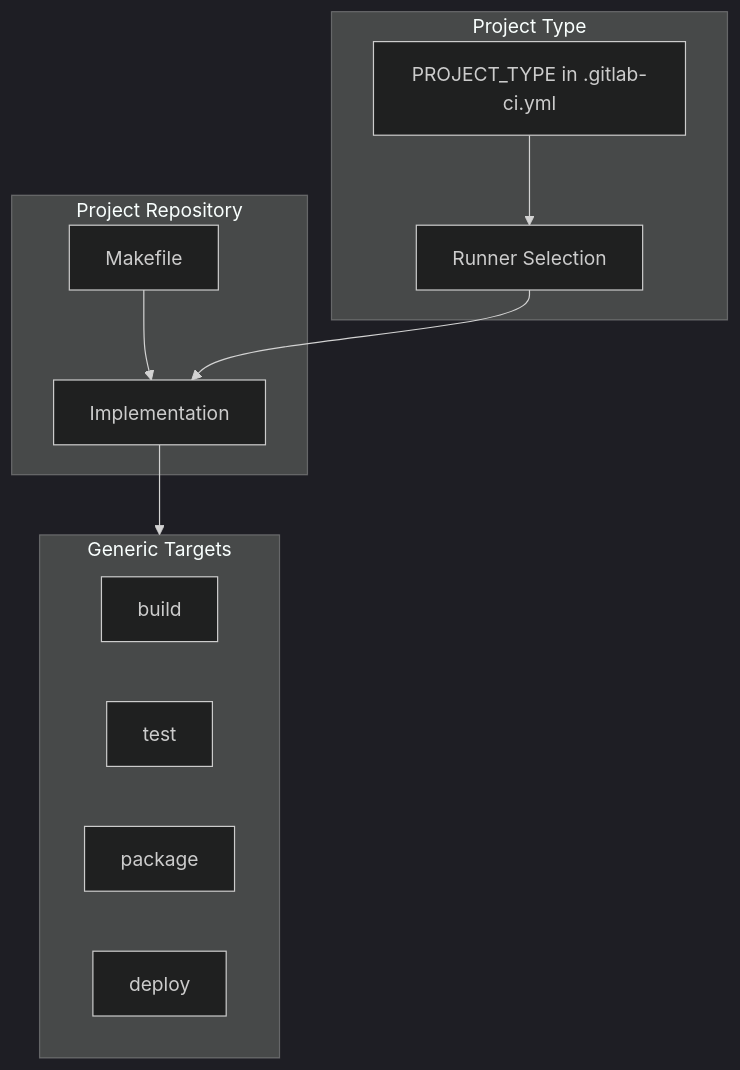
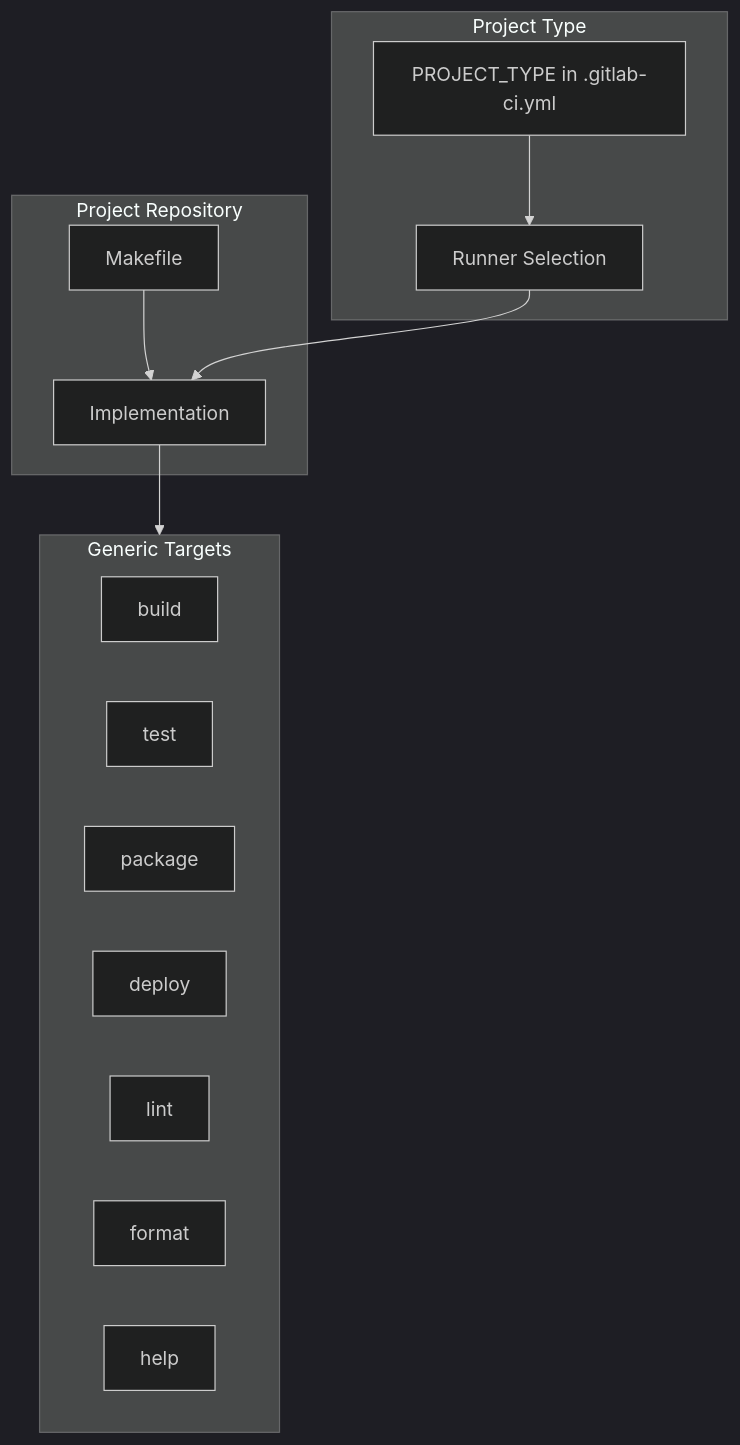
Before and after one commit to jlheater/test-project-123456: the third of 7 diagrams in memory-bank/systemPatterns.md, drawn with Mermaid (dark theme). The commit also changed other lines of this file and 9 other files, not shown here.

````diff
--- a/memory-bank/systemPatterns.md
+++ b/memory-bank/systemPatterns.md
@@ -85,25 +89,28 @@
    ```mermaid
    flowchart TD
        subgraph Project["Project Repository"]
            M["Makefile"]
            I["Implementation"]
        end
        
        subgraph Targets["Generic Targets"]
            B["build"]
            T["test"]
            P["package"]
            D["deploy"]
+           L["lint"]
+           F["format"]
+           H["help"]
        end
        
        M --> I
        I --> Targets
        
        subgraph Type["Project Type"]
            V["PROJECT_TYPE in .gitlab-ci.yml"]
            R["Runner Selection"]
        end
        
        V --> R
        R --> I
    ```
````
